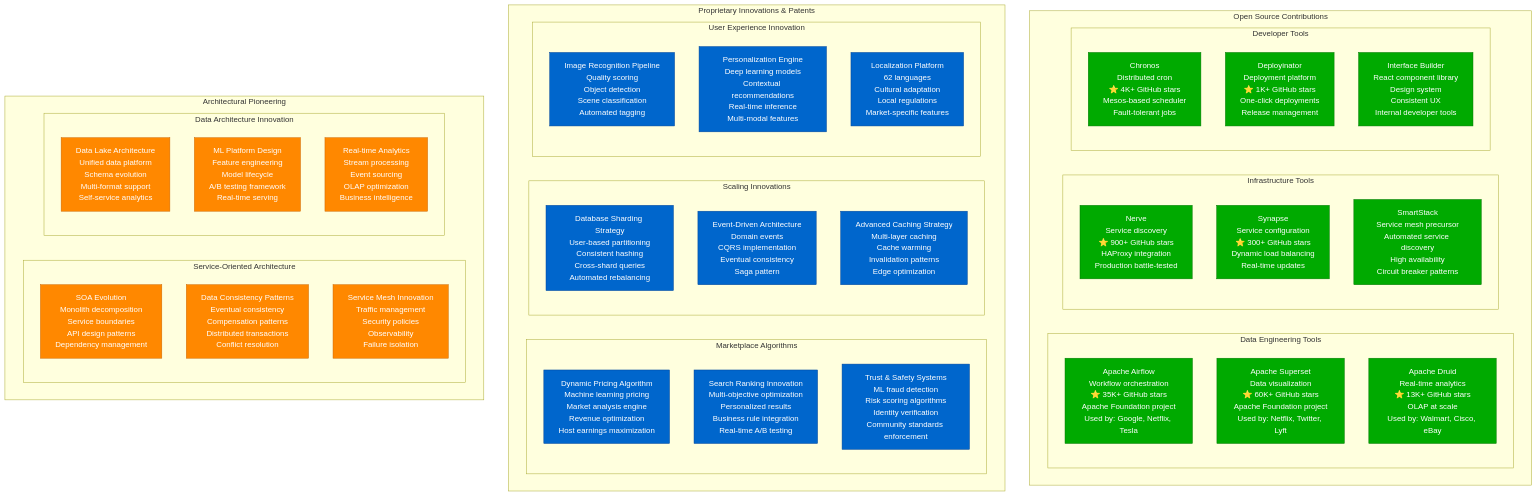
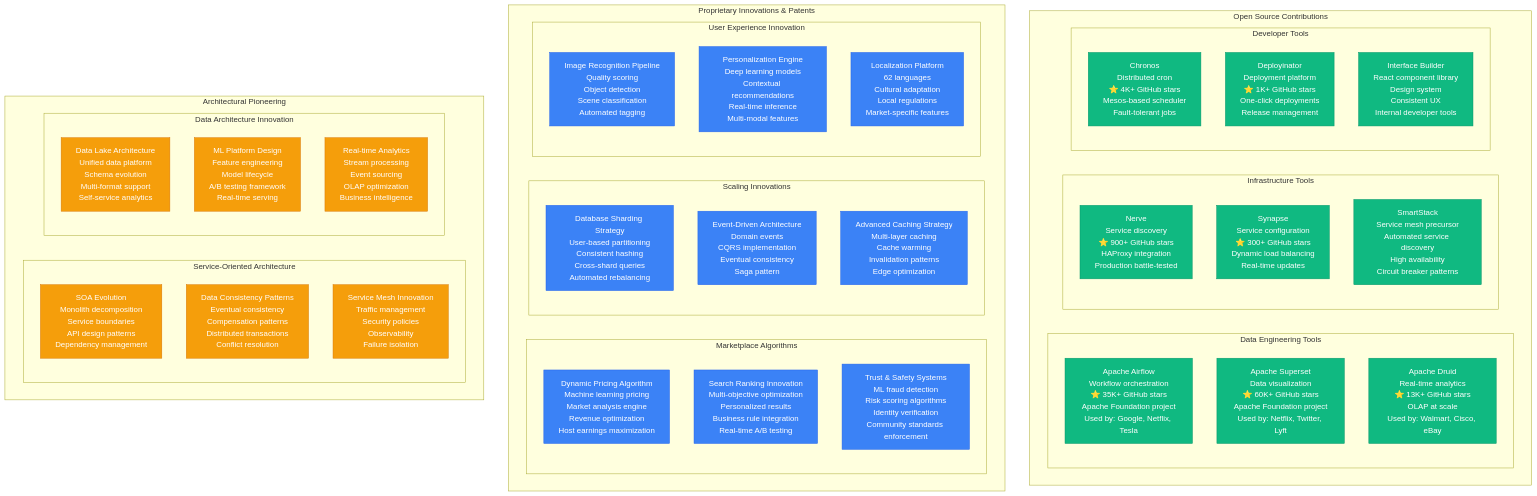
Before and after one commit to deepaucksharma/DS: the first of 5 diagrams in site/docs/systems/airbnb/novel-solutions.md, drawn with Mermaid. The commit also changed other lines of this file and 303 other files, not shown here.

````diff
--- a/site/docs/systems/airbnb/novel-solutions.md
+++ b/site/docs/systems/airbnb/novel-solutions.md
@@ -7,82 +7,82 @@
 ```mermaid
 graph TB
     subgraph OpenSourceContributions[Open Source Contributions]
         subgraph DataTools[Data Engineering Tools]
             Airflow[Apache Airflow<br/>Workflow orchestration<br/>⭐ 35K+ GitHub stars<br/>Apache Foundation project<br/>Used by: Google, Netflix, Tesla]
 
             Superset[Apache Superset<br/>Data visualization<br/>⭐ 60K+ GitHub stars<br/>Apache Foundation project<br/>Used by: Netflix, Twitter, Lyft]
 
             Druid[Apache Druid<br/>Real-time analytics<br/>⭐ 13K+ GitHub stars<br/>OLAP at scale<br/>Used by: Walmart, Cisco, eBay]
         end
 
         subgraph InfrastructureTools[Infrastructure Tools]
             Nerve[Nerve<br/>Service discovery<br/>⭐ 900+ GitHub stars<br/>HAProxy integration<br/>Production battle-tested]
 
             Synapse[Synapse<br/>Service configuration<br/>⭐ 300+ GitHub stars<br/>Dynamic load balancing<br/>Real-time updates]
 
             SmartStack[SmartStack<br/>Service mesh precursor<br/>Automated service discovery<br/>High availability<br/>Circuit breaker patterns]
         end
 
         subgraph DevTools[Developer Tools]
             Chronos[Chronos<br/>Distributed cron<br/>⭐ 4K+ GitHub stars<br/>Mesos-based scheduler<br/>Fault-tolerant jobs]
 
             Deployinator[Deployinator<br/>Deployment platform<br/>⭐ 1K+ GitHub stars<br/>One-click deployments<br/>Release management]
 
             InterfaceBuilder[Interface Builder<br/>React component library<br/>Design system<br/>Consistent UX<br/>Internal developer tools]
         end
     end
 
     subgraph ProprietaryInnovations[Proprietary Innovations & Patents]
         subgraph MarketplaceAlgorithms[Marketplace Algorithms]
             DynamicPricing[Dynamic Pricing Algorithm<br/>Machine learning pricing<br/>Market analysis engine<br/>Revenue optimization<br/>Host earnings maximization]
 
             SearchRanking[Search Ranking Innovation<br/>Multi-objective optimization<br/>Personalized results<br/>Business rule integration<br/>Real-time A/B testing]
 
             TrustSafety[Trust & Safety Systems<br/>ML fraud detection<br/>Risk scoring algorithms<br/>Identity verification<br/>Community standards enforcement]
         end
 
         subgraph ScalingInnovations[Scaling Innovations]
             DatabaseSharding[Database Sharding Strategy<br/>User-based partitioning<br/>Consistent hashing<br/>Cross-shard queries<br/>Automated rebalancing]
 
             EventDriven[Event-Driven Architecture<br/>Domain events<br/>CQRS implementation<br/>Eventual consistency<br/>Saga pattern]
 
             CacheStrategy[Advanced Caching Strategy<br/>Multi-layer caching<br/>Cache warming<br/>Invalidation patterns<br/>Edge optimization]
         end
 
         subgraph UserExperience[User Experience Innovation]
             ImageRecognition[Image Recognition Pipeline<br/>Quality scoring<br/>Object detection<br/>Scene classification<br/>Automated tagging]
 
             PersonalizationEngine[Personalization Engine<br/>Deep learning models<br/>Contextual recommendations<br/>Real-time inference<br/>Multi-modal features]
 
             LocalizationPlatform[Localization Platform<br/>62 languages<br/>Cultural adaptation<br/>Local regulations<br/>Market-specific features]
         end
     end
 
     subgraph ArchitecturalPioneering[Architectural Pioneering]
         subgraph ServiceOrientedArchitecture[Service-Oriented Architecture]
             SOAEvolution[SOA Evolution<br/>Monolith decomposition<br/>Service boundaries<br/>API design patterns<br/>Dependency management]
 
             DataConsistency[Data Consistency Patterns<br/>Eventual consistency<br/>Compensation patterns<br/>Distributed transactions<br/>Conflict resolution]
 
             ServiceMesh[Service Mesh Innovation<br/>Traffic management<br/>Security policies<br/>Observability<br/>Failure isolation]
         end
 
         subgraph DataArchitecture[Data Architecture Innovation]
             DataLake[Data Lake Architecture<br/>Unified data platform<br/>Schema evolution<br/>Multi-format support<br/>Self-service analytics]
 
             MLPlatform[ML Platform Design<br/>Feature engineering<br/>Model lifecycle<br/>A/B testing framework<br/>Real-time serving]
 
             AnalyticsPipeline[Real-time Analytics<br/>Stream processing<br/>Event sourcing<br/>OLAP optimization<br/>Business intelligence]
         end
     end
 
     %% Apply styling for different categories
-    classDef openSourceStyle fill:#00AA00,stroke:#007700,color:#fff
-    classDef proprietaryStyle fill:#0066CC,stroke:#004499,color:#fff
-    classDef architecturalStyle fill:#FF8800,stroke:#CC6600,color:#fff
-    classDef platformStyle fill:#CC0000,stroke:#990000,color:#fff
+    classDef openSourceStyle fill:#10B981,stroke:#059669,color:#fff
+    classDef proprietaryStyle fill:#3B82F6,stroke:#2563EB,color:#fff
+    classDef architecturalStyle fill:#F59E0B,stroke:#D97706,color:#fff
+    classDef platformStyle fill:#8B5CF6,stroke:#7C3AED,color:#fff
 
     class Airflow,Superset,Druid,Nerve,Synapse,SmartStack,Chronos,Deployinator,InterfaceBuilder openSourceStyle
     class DynamicPricing,SearchRanking,TrustSafety,DatabaseSharding,EventDriven,CacheStrategy,ImageRecognition,PersonalizationEngine,LocalizationPlatform proprietaryStyle
     class SOAEvolution,DataConsistency,ServiceMesh,DataLake,MLPlatform,AnalyticsPipeline architecturalStyle
 ```
````
